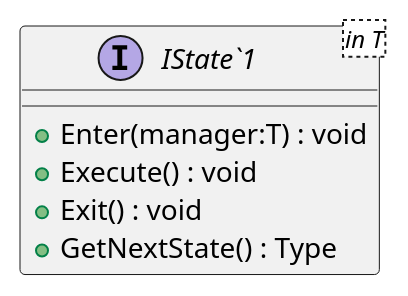
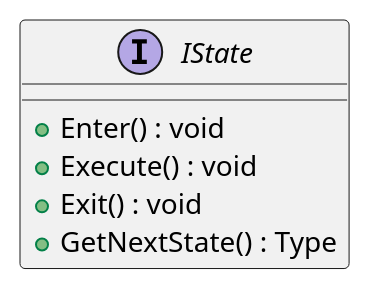
Before and after one commit to Ubus99/AR_Project: the diagram in Documentation/puml/Assets/Scripts/StateMachine/IState.puml, drawn with PlantUML. The commit also changed 12 other files, not shown here.

```diff
--- a/Documentation/puml/Assets/Scripts/StateMachine/IState.puml
+++ b/Documentation/puml/Assets/Scripts/StateMachine/IState.puml
@@ -1,8 +1,8 @@
 @startuml
-interface "IState`1"<in T> {
-    + Enter(manager:T) : void
+interface IState {
+    + Enter() : void
     + Execute() : void
     + Exit() : void
     + GetNextState() : Type
 }
 @enduml
```
